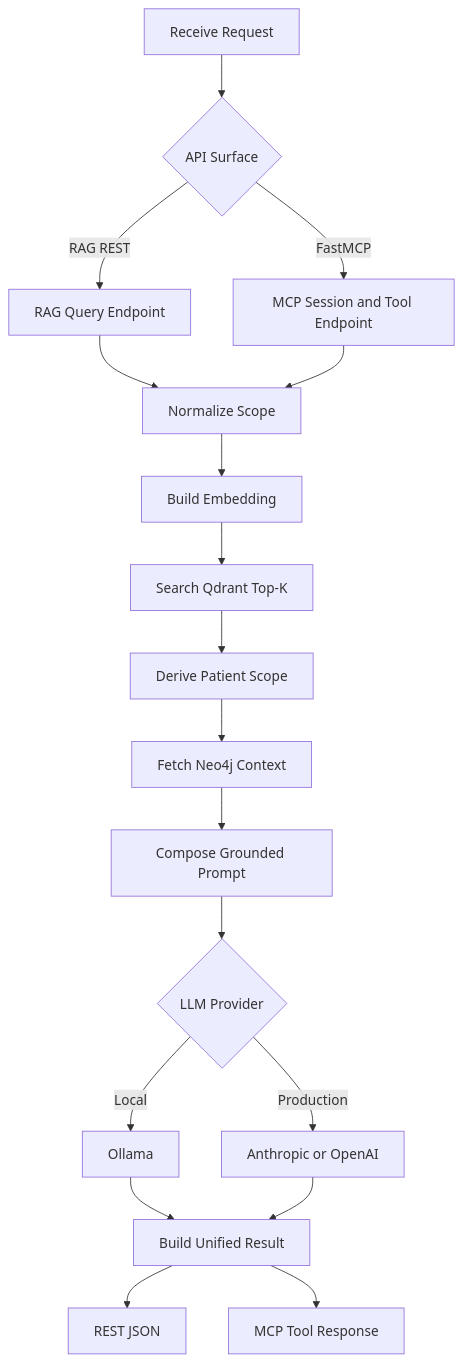
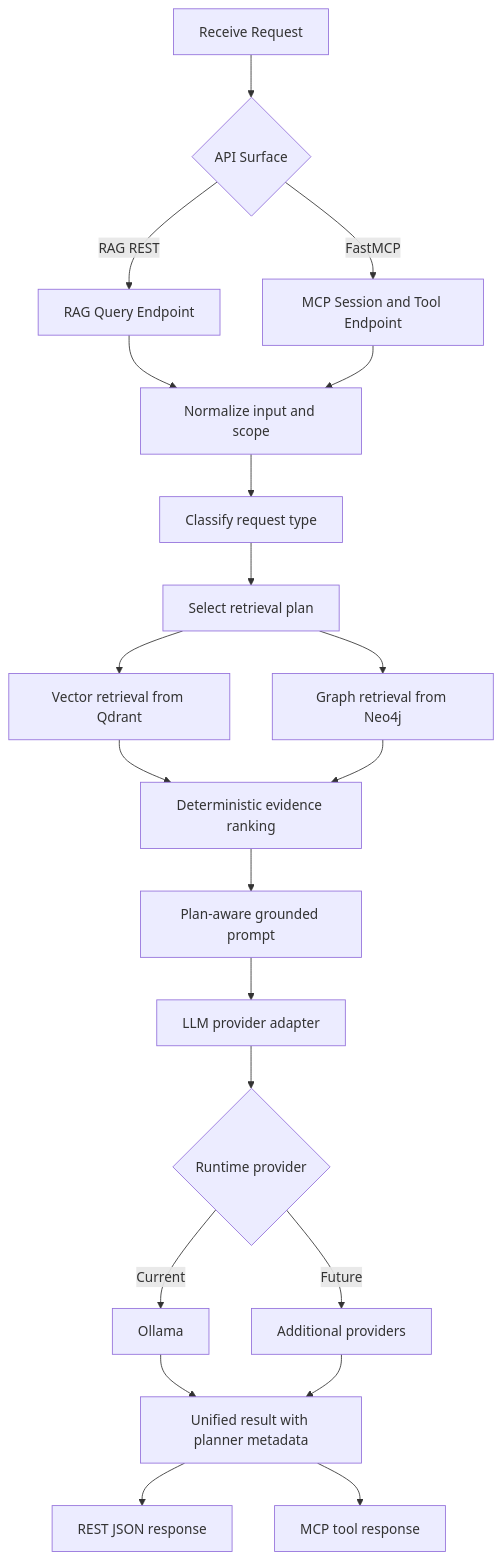
Before and after one commit to wchen-dea/Agentic-AI-Healthcare-GraphRAG: the fourth of 4 diagrams in docs/architecture.md, drawn with Mermaid. The commit also changed other lines of this file and 2 other files, not shown here.

````diff
--- a/docs/architecture.md
+++ b/docs/architecture.md
@@ -226,20 +232,23 @@
 ```mermaid
 flowchart TD
   E1[Receive Request] --> E2{API Surface}
   E2 -->|RAG REST| E3[RAG Query Endpoint]
   E2 -->|FastMCP| E4[MCP Session and Tool Endpoint]
-  E3 --> C1[Normalize Scope]
+  E3 --> C1[Normalize input and scope]
   E4 --> C1
-  C1 --> C2[Build Embedding]
-  C2 --> C3[Search Qdrant Top-K]
-  C3 --> C4[Derive Patient Scope]
-  C4 --> C5[Fetch Neo4j Context]
-  C5 --> C6[Compose Grounded Prompt]
-  C6 --> C7{LLM Provider}
-  C7 -->|Local| C8[Ollama]
-  C7 -->|Production| C9[Anthropic or OpenAI]
-  C8 --> C10[Build Unified Result]
-  C9 --> C10
-  C10 --> O1[REST JSON]
-  C10 --> O2[MCP Tool Response]
+  C1 --> C2[Classify request type]
+  C2 --> C3[Select retrieval plan]
+  C3 --> C4[Vector retrieval from Qdrant]
+  C3 --> C5[Graph retrieval from Neo4j]
+  C4 --> C6[Deterministic evidence ranking]
+  C5 --> C6
+  C6 --> C7[Plan-aware grounded prompt]
+  C7 --> C8[LLM provider adapter]
+  C8 --> C9{Runtime provider}
+  C9 -->|Current| C10[Ollama]
+  C9 -->|Future| C11[Additional providers]
+  C10 --> C12[Unified result with planner metadata]
+  C11 --> C12
+  C12 --> O1[REST JSON response]
+  C12 --> O2[MCP tool response]
 ```
````
